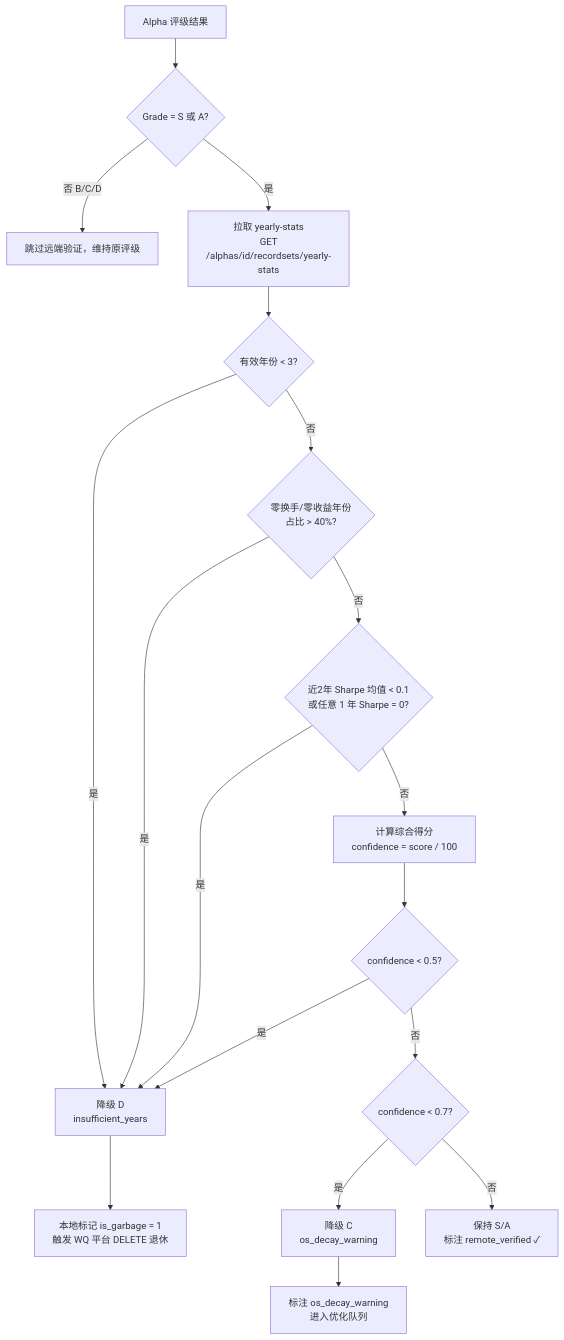
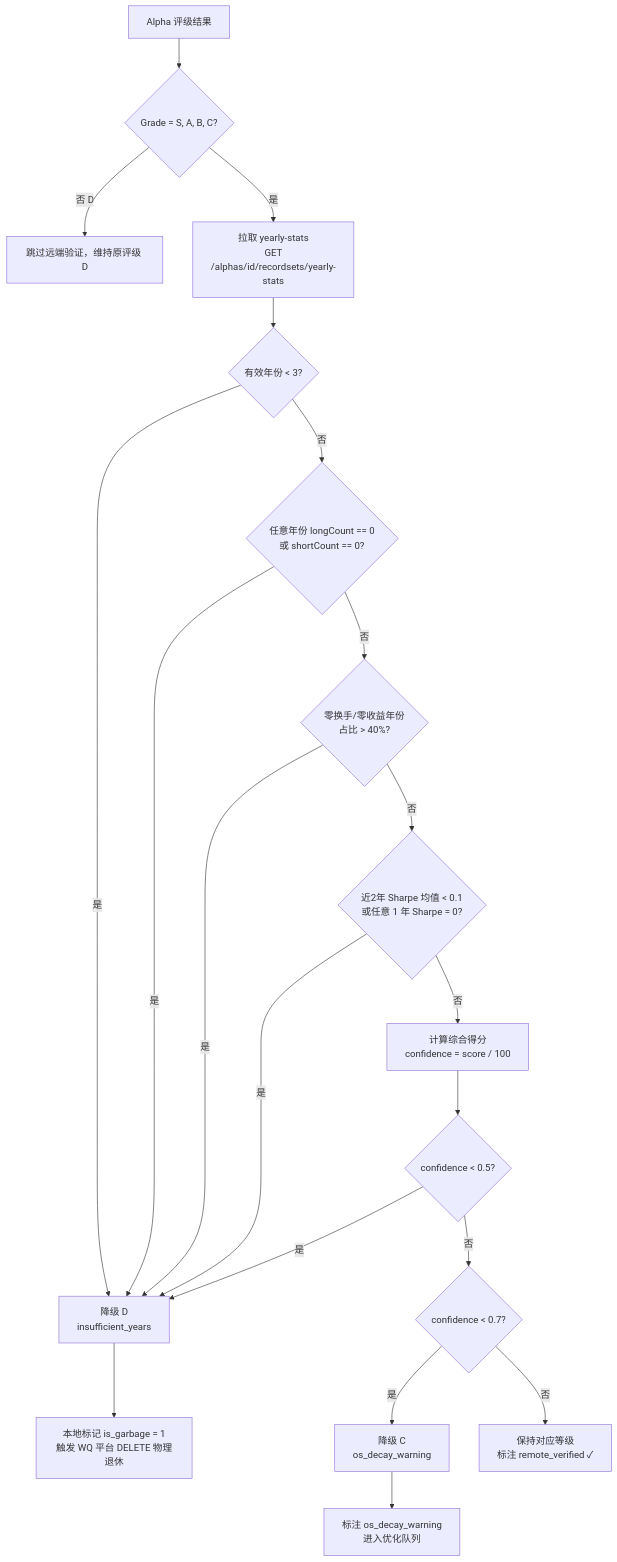
One commit to LuckDogGuan/WQ-Consultant changed the fourth of 4 diagrams in doc/reference/alpha_assessment_and_grading.md. Above: the diagram before and after it, drawn with Mermaid. The commit also changed other lines of this file and 1 other file, not shown here.

Commit message:
doc: restore 因子评级 filter and sub-ratings, update documentation and Mermaid flowcharts

````diff
--- a/doc/reference/alpha_assessment_and_grading.md
+++ b/doc/reference/alpha_assessment_and_grading.md
@@ -238,21 +245,23 @@
 ```mermaid
 flowchart TD
-    A["Alpha 评级结果"] --> B{Grade = S 或 A?}
-    B -->|否 B/C/D| Z[跳过远端验证，维持原评级]
+    A["Alpha 评级结果"] --> B{Grade = S, A, B, C?}
+    B -->|否 D| Z[跳过远端验证，维持原评级 D]
     B -->|是| C["拉取 yearly-stats\n GET /alphas/id/recordsets/yearly-stats"]
     C --> D{有效年份 < 3?}
     D -->|是| DEAD["降级 D\ninsufficient_years"]
-    D -->|否| E{零换手/零收益年份\n占比 > 40%?}
+    D -->|否| D2{任意年份 longCount == 0\n 或 shortCount == 0?}
+    D2 -->|是| DEAD
+    D2 -->|否| E{零换手/零收益年份\n占比 > 40%?}
     E -->|是| DEAD
     E -->|否| F{近2年 Sharpe 均值 < 0.1\n 或任意 1 年 Sharpe = 0?}
     F -->|是| DEAD
     F -->|否| G["计算综合得分\nconfidence = score / 100"]
     G --> H{confidence < 0.5?}
     H -->|是| DEAD
     H -->|否| I{confidence < 0.7?}
     I -->|是| C2[降级 C\nos_decay_warning]
-    I -->|否| J["保持 S/A\n标注 remote_verified ✓"]
+    I -->|否| J["保持对应等级\n标注 remote_verified ✓"]
 
-    DEAD --> K["本地标记 is_garbage = 1\n触发 WQ 平台 DELETE 退休"]
+    DEAD --> K["本地标记 is_garbage = 1\n触发 WQ 平台 DELETE 物理退休"]
     C2 --> L["标注 os_decay_warning\n进入优化队列"]
 ```
````
